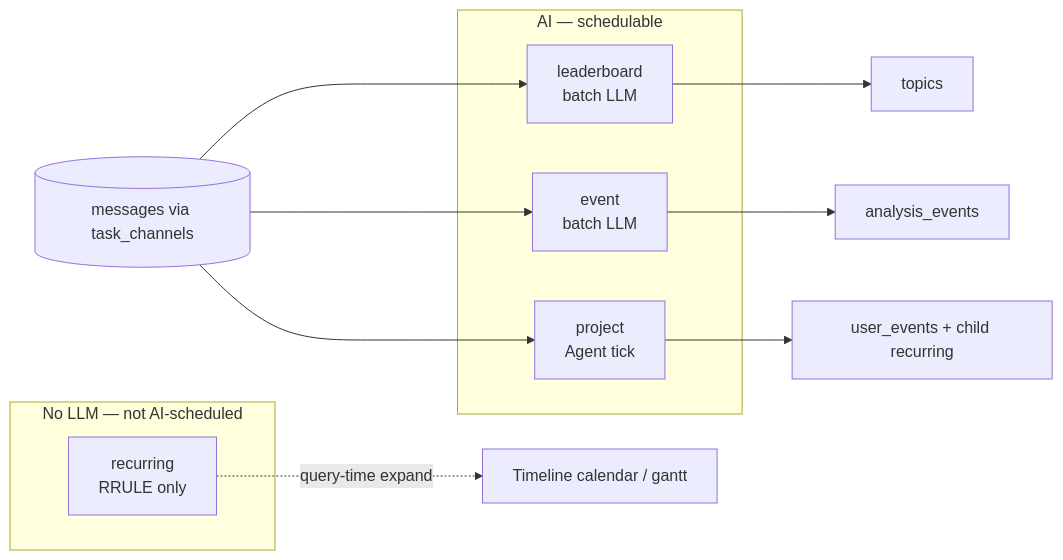
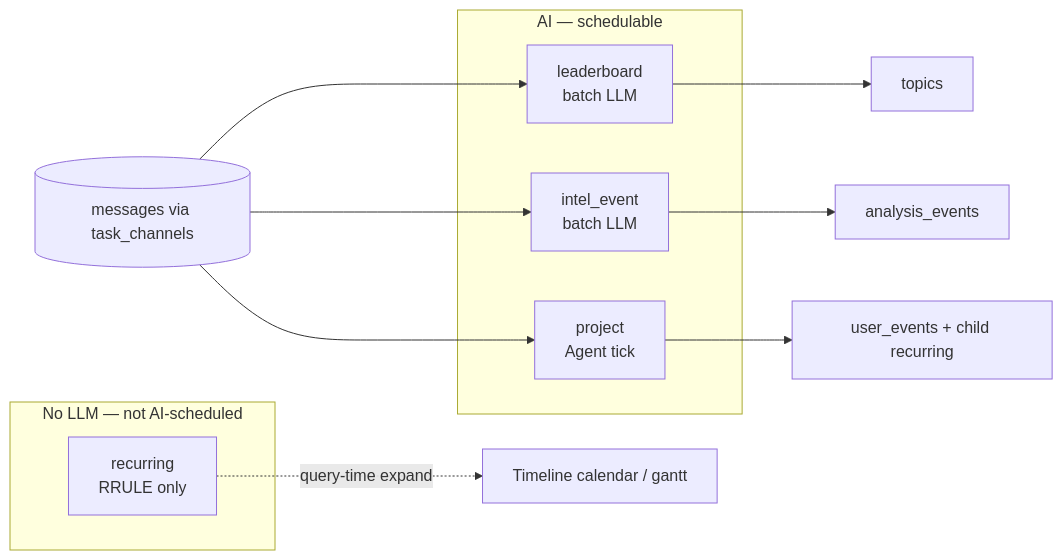
One commit to Wing9897/im changed the second of 4 diagrams in docs/diagrams/README.md. Above: the diagram before and after it, drawn with Mermaid. The commit also changed other lines of this file and 21 other files, not shown here.

First line of the commit message:
Clean leftover naming docs and tech debt after intel_event rename

````diff
--- a/docs/diagrams/README.md
+++ b/docs/diagrams/README.md
@@ -60,18 +60,18 @@
 ```mermaid
 flowchart LR
   subgraph AI["AI — schedulable"]
     L[leaderboard<br/>batch LLM]
-    E[event<br/>batch LLM]
+    E[intel_event<br/>batch LLM]
     P[project<br/>Agent tick]
   end
 
   subgraph NOAI["No LLM — not AI-scheduled"]
     R[recurring<br/>RRULE only]
   end
 
   MSG[(messages via task_channels)] --> L & E & P
   R -.->|"query-time expand"| CAL[Timeline calendar / gantt]
   L --> OUT1[topics]
   E --> OUT2[analysis_events]
   P --> OUT3[user_events + child recurring]
 ```
````
